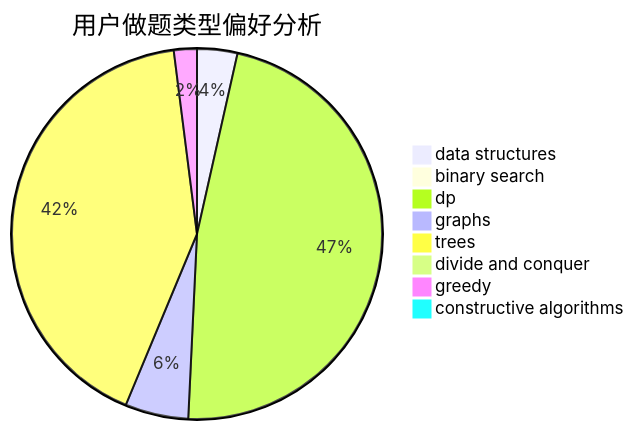
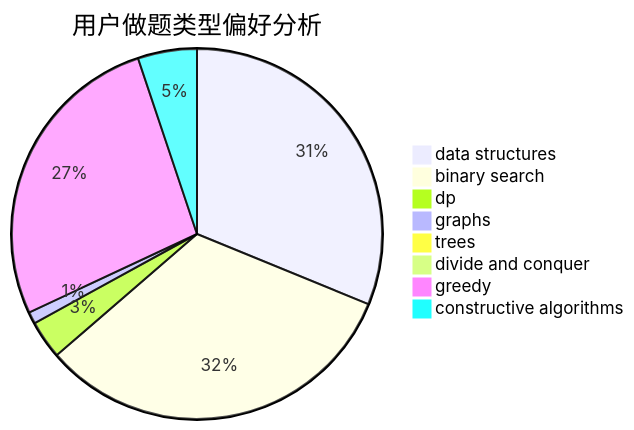
One commit to sherpahu/cfrs.github.io changed the second of 3 diagrams in docs/user/u2379.md. Above: the diagram before and after it, drawn with Mermaid. The commit also changed other lines of this file and 2770 other files, not shown here.

````diff
--- a/docs/user/u2379.md
+++ b/docs/user/u2379.md
@@ -23,11 +23,11 @@
 ```mermaid
 pie title 用户做题类型偏好分析
-    "data structures" :  7
-    "binary search" :  1
-    "dp" :  94
-    "graphs" :  11
-    "trees" :  83
+    "data structures" :  121
+    "binary search" :  126
+    "dp" :  13
+    "graphs" :  4
+    "trees" :  2
     "divide and conquer" :  0
-    "greedy" :  4
-    "constructive algorithms" :  0
+    "greedy" :  104
+    "constructive algorithms" :  20
 ```
````
